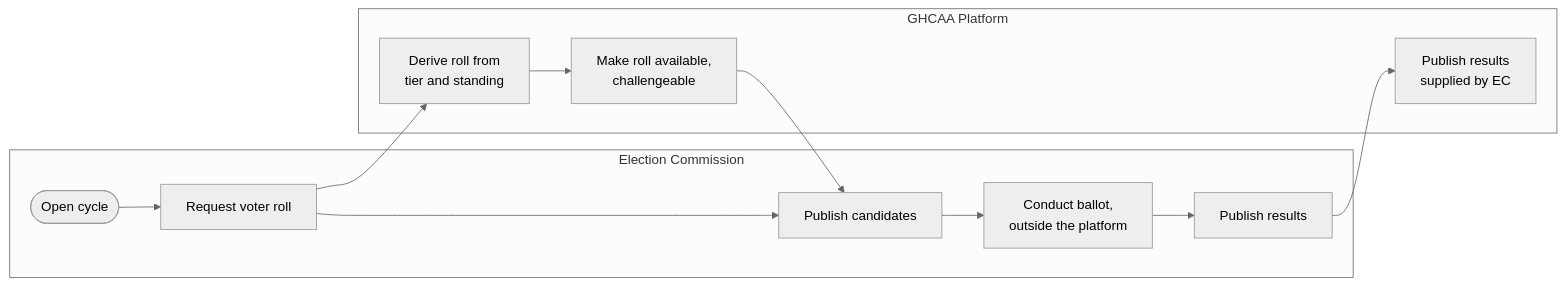
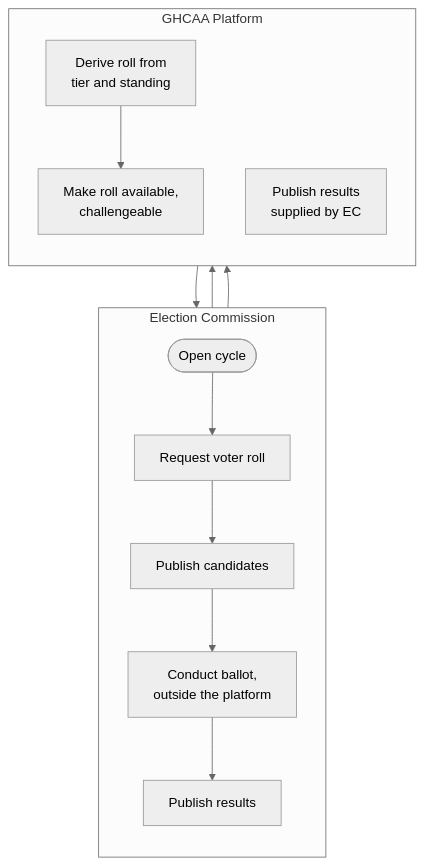
The tenth of 19 diagrams in docs/book/05-system-analysis.md (shalin-rahman/GHCAA), drawn with Mermaid (neutral theme) before and after one commit. The commit also changed other lines of this file and 22 other files, not shown here.

First line of the commit message:
docs(book): align with the implementation, fit every figure to A4, print a real PDF

````diff
--- a/docs/book/05-system-analysis.md
+++ b/docs/book/05-system-analysis.md
@@ -436,16 +420,18 @@
 ```mermaid
-flowchart LR
+flowchart TB
     subgraph EComm["Election Commission"]
+      direction TB
       B1([Open cycle]) --> B2[Request voter roll]
       B2 --> B5[Publish candidates]
       B5 --> B6[Conduct ballot,<br/>outside the platform]
       B6 --> B7[Publish results]
     end
     subgraph Sys["GHCAA Platform"]
+      direction TB
       B3[Derive roll from<br/>tier and standing]
       B4[Make roll available,<br/>challengeable]
       B8[Publish results<br/>supplied by EC]
     end
     B2 --> B3 --> B4 --> B5
     B7 --> B8
 ```
````
